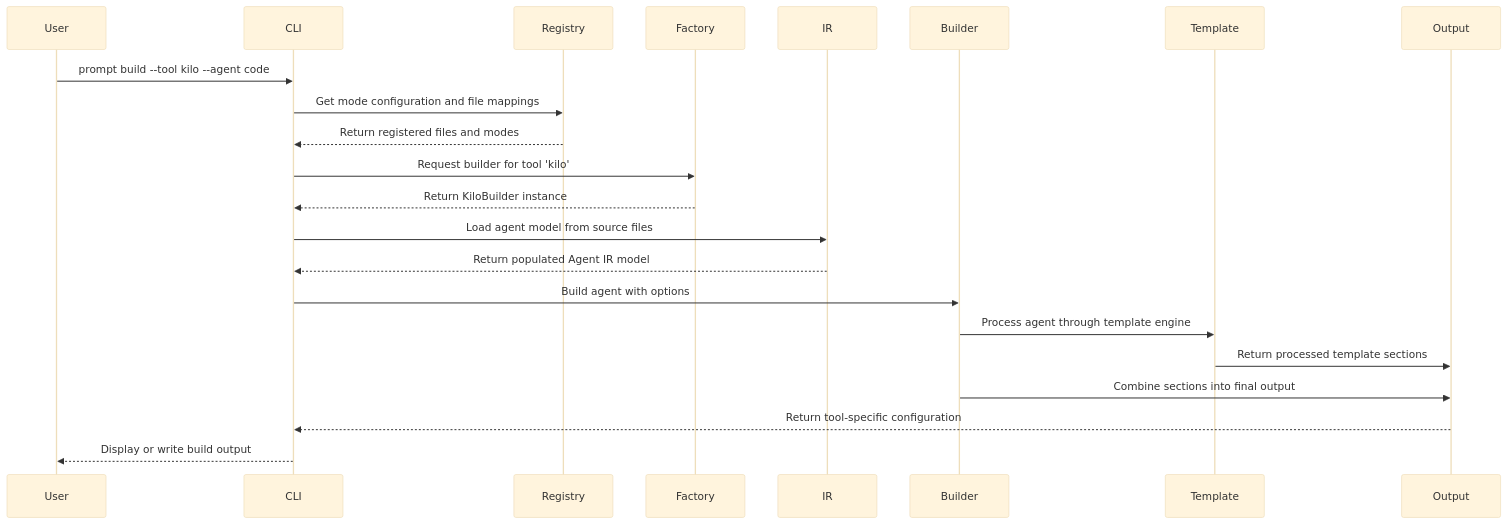
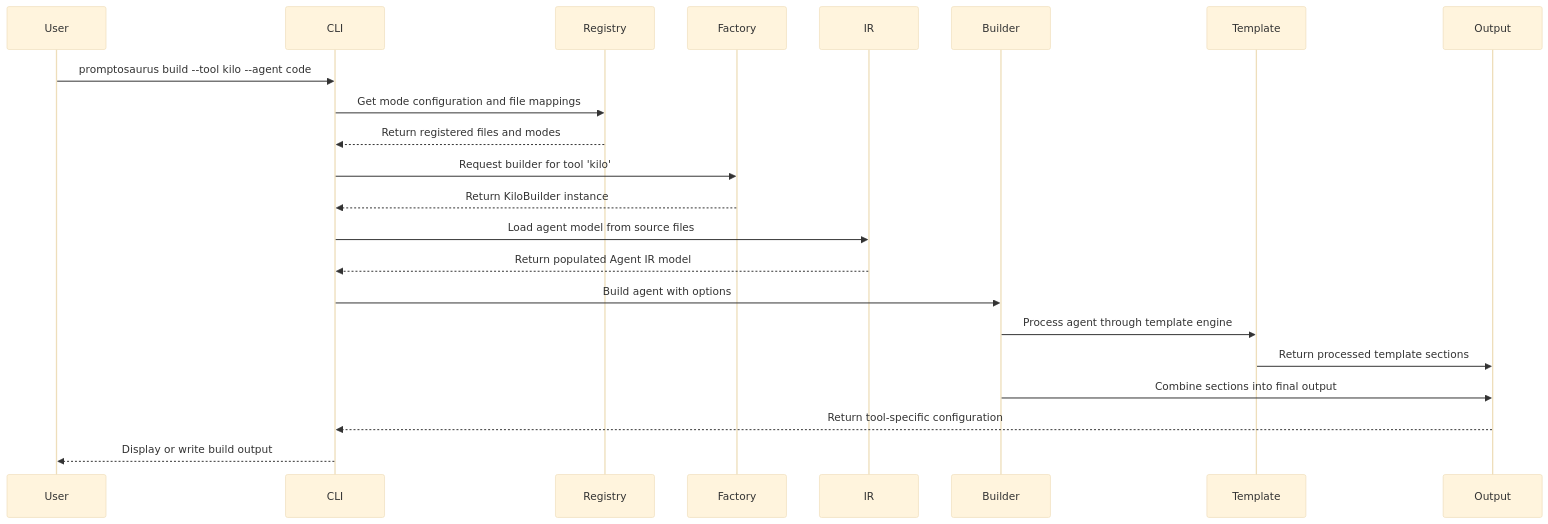
The second of 2 diagrams in docs/architecture/ARCHITECTURE_OVERVIEW.md (snoodleboot-io/prompticorn), drawn with Mermaid (base theme) before and after one commit. The commit also changed 39 other files, not shown here.

````diff
--- a/docs/architecture/ARCHITECTURE_OVERVIEW.md
+++ b/docs/architecture/ARCHITECTURE_OVERVIEW.md
@@ -131,25 +131,25 @@
 ```mermaid
 sequenceDiagram
     participant User
     participant CLI
     participant Registry
     participant Factory
     participant IR
     participant Builder
     participant Template
     participant Output
     
-    User->>CLI: prompt build --tool kilo --agent code
+    User->>CLI: promptosaurus build --tool kilo --agent code
     CLI->>Registry: Get mode configuration and file mappings
     Registry-->>CLI: Return registered files and modes
     CLI->>Factory: Request builder for tool 'kilo'
     Factory-->>CLI: Return KiloBuilder instance
     CLI->>IR: Load agent model from source files
     IR-->>CLI: Return populated Agent IR model
     CLI->>Builder: Build agent with options
     Builder->>Template: Process agent through template engine
     Template->>Output: Return processed template sections
     Builder->>Output: Combine sections into final output
     Output-->>CLI: Return tool-specific configuration
     CLI-->>User: Display or write build output
 ```
````
